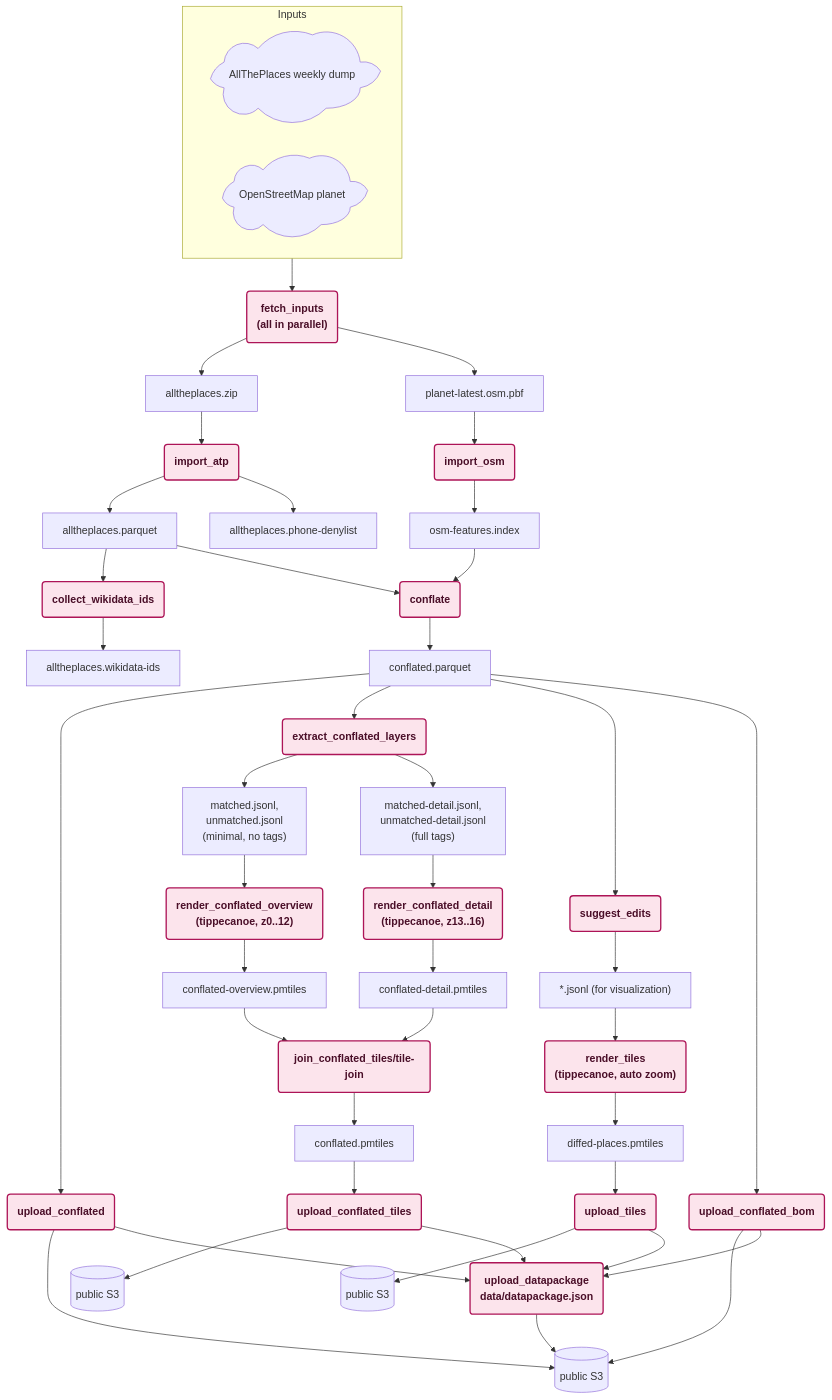
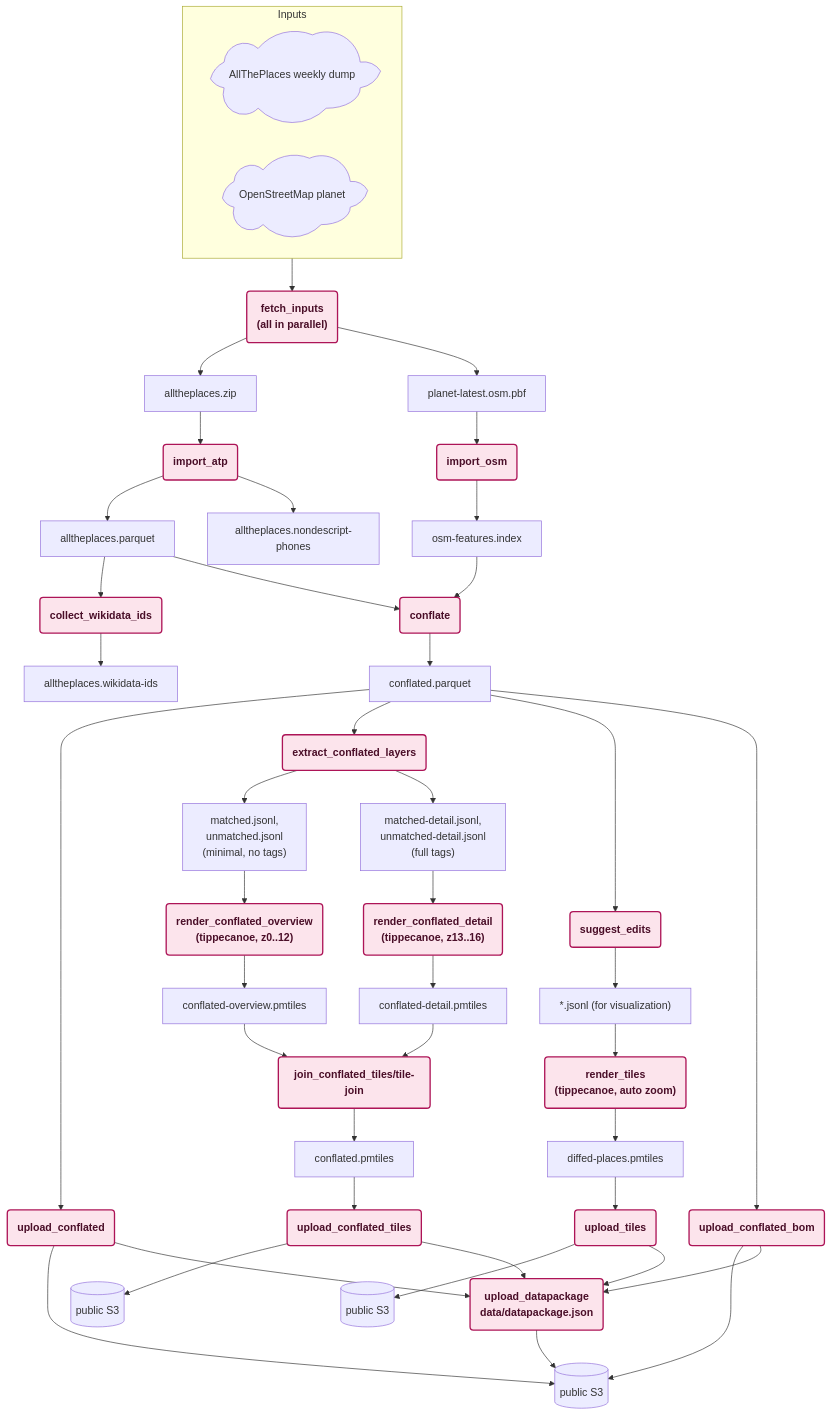
Before and after one commit to brawer/osmdiffs: the diagram in docs/TECHNICAL_DESIGN.md, drawn with Mermaid. The commit also changed other lines of this file and 4 other files, not shown here.

First line of the commit message:
refactor: rename phone denylist to nondescript phones (#845)

````diff
--- a/docs/TECHNICAL_DESIGN.md
+++ b/docs/TECHNICAL_DESIGN.md
@@ -177,47 +177,47 @@
 ```mermaid
 graph TD
     ATP_SRC@{ shape: cloud, label: "AllThePlaces weekly dump" }
     OSM_SRC@{ shape: cloud, label: "OpenStreetMap planet" }
 
     subgraph INPUTS [Inputs]
         ATP_SRC
         OSM_SRC
     end
     INPUTS --> FETCH_INPUTS("fetch_inputs<br/>(all in parallel)")
     FETCH_INPUTS --> ATP_ZIP[alltheplaces.zip]
     FETCH_INPUTS --> OSM_PBF[planet-latest.osm.pbf]
 
     ATP_ZIP --> IMPORT_ATP(import_atp) --> ATP_PARQUET[alltheplaces.parquet]
-    IMPORT_ATP --> PHONE_DENYLIST[alltheplaces.phone-denylist]
+    IMPORT_ATP --> NONDESCRIPT_PHONES[alltheplaces.nondescript-phones]
     ATP_PARQUET --> COLLECT_WIKI(collect_wikidata_ids) --> WIKIDATA[alltheplaces.wikidata-ids]
 
     OSM_PBF --> IMPORT_OSM(import_osm) --> OSM_INDEX[osm-features.index]
 
     ATP_PARQUET --> CONFLATE(conflate)
     OSM_INDEX --> CONFLATE
     CONFLATE --> CONFLATED[conflated.parquet]
     CONFLATED --> UPLOAD_CONFLATED(upload_conflated) --> S3A[("public S3")]
 
     CONFLATED --> EXTRACT_CONFLATED_LAYERS(extract_conflated_layers)
     EXTRACT_CONFLATED_LAYERS --> OVERVIEW_LAYERS["matched.jsonl,<br/>unmatched.jsonl<br/>(minimal, no tags)"]
     EXTRACT_CONFLATED_LAYERS --> DETAIL_LAYERS["matched-detail.jsonl,<br/>unmatched-detail.jsonl<br/>(full tags)"]
     OVERVIEW_LAYERS --> RENDER_CONFLATED_OVERVIEW("render_conflated_overview<br/>(tippecanoe, z0..12)") --> OVERVIEW_PMTILES[conflated-overview.pmtiles]
     DETAIL_LAYERS --> RENDER_CONFLATED_DETAIL("render_conflated_detail<br/>(tippecanoe, z13..16)") --> DETAIL_PMTILES[conflated-detail.pmtiles]
     OVERVIEW_PMTILES --> JOIN_CONFLATED_TILES(join_conflated_tiles/tile-join)
     DETAIL_PMTILES --> JOIN_CONFLATED_TILES
     JOIN_CONFLATED_TILES --> CONFLATED_PMTILES[conflated.pmtiles]
     CONFLATED_PMTILES --> UPLOAD_CONFLATED_TILES(upload_conflated_tiles) --> S3C[("public S3")]
 
     CONFLATED --> SUGGEST_EDITS(suggest_edits) --> LAYERS["*.jsonl (for visualization)"]
     LAYERS --> RENDER_TILES("render_tiles<br/>(tippecanoe, auto zoom)") --> PMTILES[diffed-places.pmtiles]
     PMTILES --> UPLOAD_TILES(upload_tiles) --> S3B[("public S3")]
 
     CONFLATED --> UPLOAD_BOM(upload_conflated_bom) --> S3A
     UPLOAD_CONFLATED --> UPLOAD_DATAPACKAGE
     UPLOAD_CONFLATED_TILES --> UPLOAD_DATAPACKAGE
     UPLOAD_TILES --> UPLOAD_DATAPACKAGE
     UPLOAD_BOM --> UPLOAD_DATAPACKAGE(upload_datapackage<br/>data/datapackage.json) --> S3A
 
     classDef process fill:#fce4ec,stroke:#ad1457,stroke-width:2px,color:#4a0e28,font-weight:bold;
     class FETCH_INPUTS,IMPORT_ATP,COLLECT_WIKI,IMPORT_OSM,CONFLATE,UPLOAD_CONFLATED,EXTRACT_CONFLATED_LAYERS,RENDER_CONFLATED_OVERVIEW,RENDER_CONFLATED_DETAIL,JOIN_CONFLATED_TILES,UPLOAD_CONFLATED_TILES,SUGGEST_EDITS,RENDER_TILES,UPLOAD_TILES,UPLOAD_BOM,UPLOAD_DATAPACKAGE process;
 ```
````
